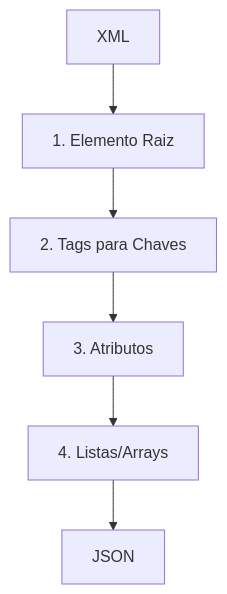
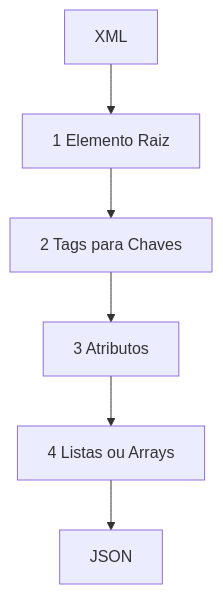
Before and after one commit to fabiofalopes/cm: the first of 4 diagrams in cabula2.md, drawn with Mermaid.

Commit message:
cabula update

````diff
--- a/cabula2.md
+++ b/cabula2.md
@@ -364,8 +364,8 @@
 ```mermaid
 flowchart TD
-    A[XML] --> B[1. Elemento Raiz]
-    B --> C[2. Tags para Chaves]
-    C --> D[3. Atributos]
-    D --> E[4. Listas/Arrays]
+    A[XML] --> B[1 Elemento Raiz]
+    B --> C[2 Tags para Chaves]
+    C --> D[3 Atributos]
+    D --> E[4 Listas ou Arrays]
     E --> F[JSON]
 ```
````
